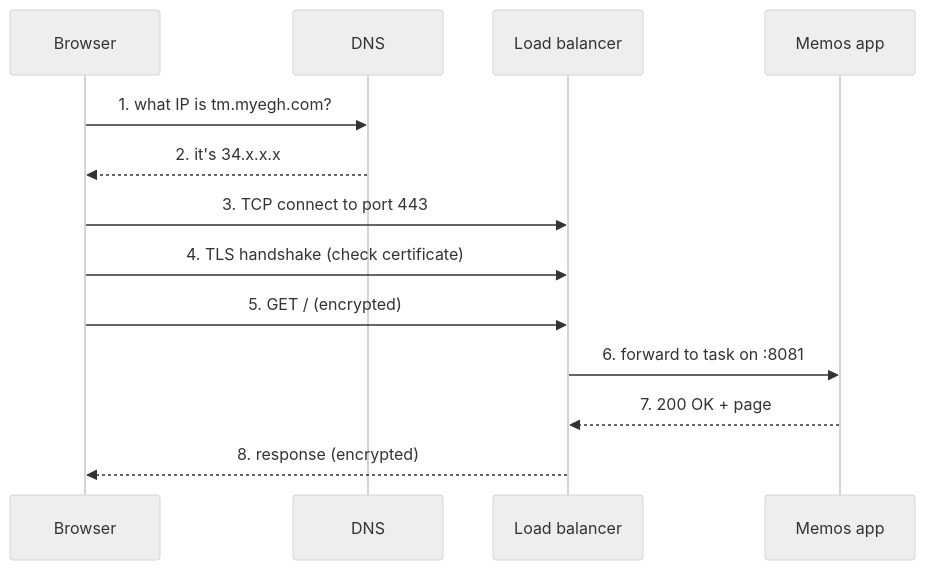
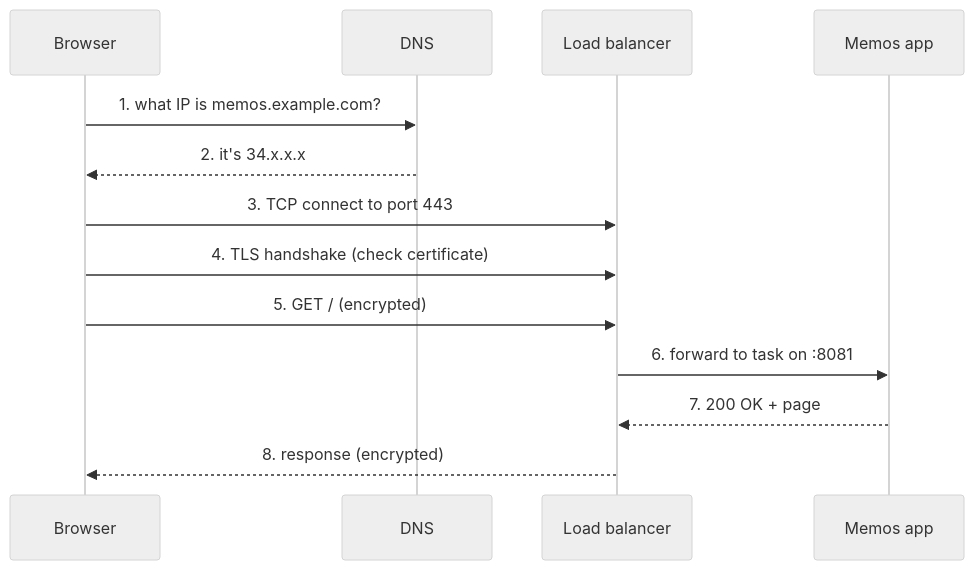
One commit to EnamulRahman/doomscrolling-app-devops changed the fourth of 5 diagrams in content/learn/02-internet.md. Above: the diagram before and after it, drawn with Mermaid (neutral theme). The commit also changed other lines of this file and 36 other files, not shown here.

First line of the commit message:
Make the course generic, with Memos as a worked example

````diff
--- a/content/learn/02-internet.md
+++ b/content/learn/02-internet.md
@@ -106,15 +106,15 @@
 ```mermaid
 sequenceDiagram
   participant B as Browser
   participant D as DNS
   participant L as Load balancer
   participant A as Memos app
-  B->>D: 1. what IP is tm.myegh.com?
+  B->>D: 1. what IP is memos.example.com?
   D-->>B: 2. it's 34.x.x.x
   B->>L: 3. TCP connect to port 443
   B->>L: 4. TLS handshake (check certificate)
   B->>L: 5. GET / (encrypted)
   L->>A: 6. forward to task on :8081
   A-->>L: 7. 200 OK + page
   L-->>B: 8. response (encrypted)
 ```
````
